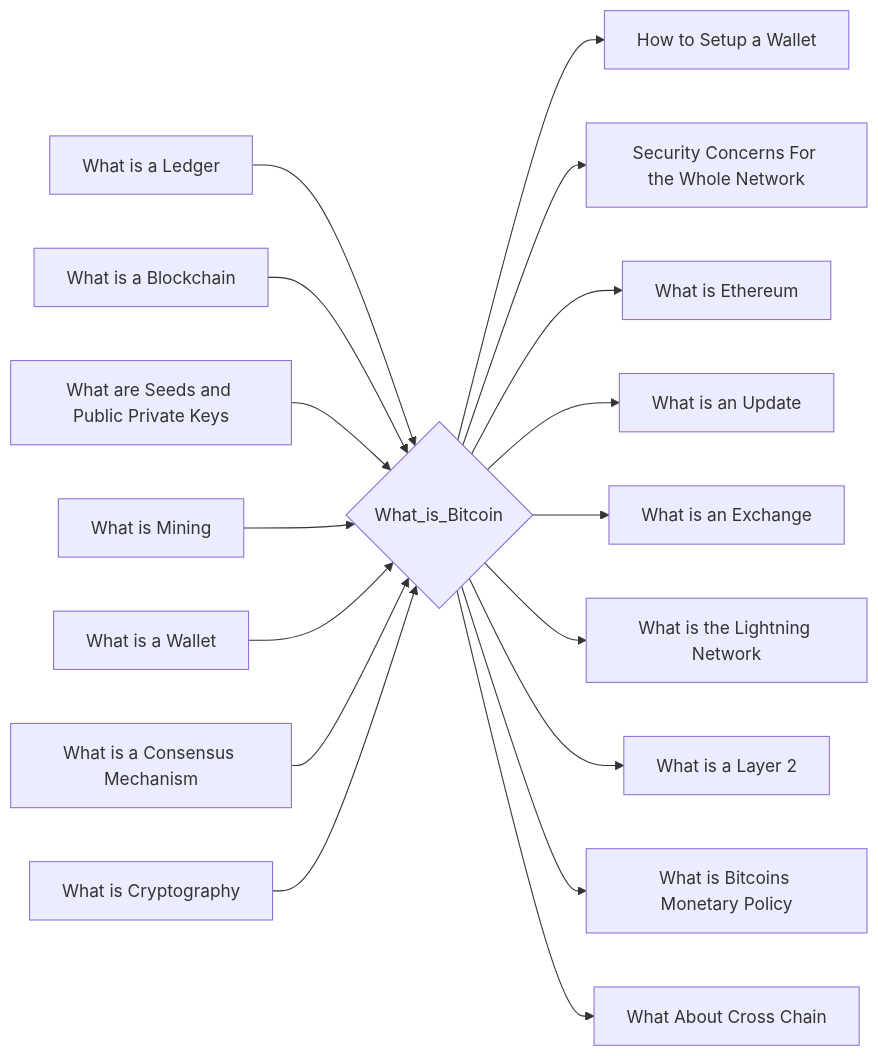
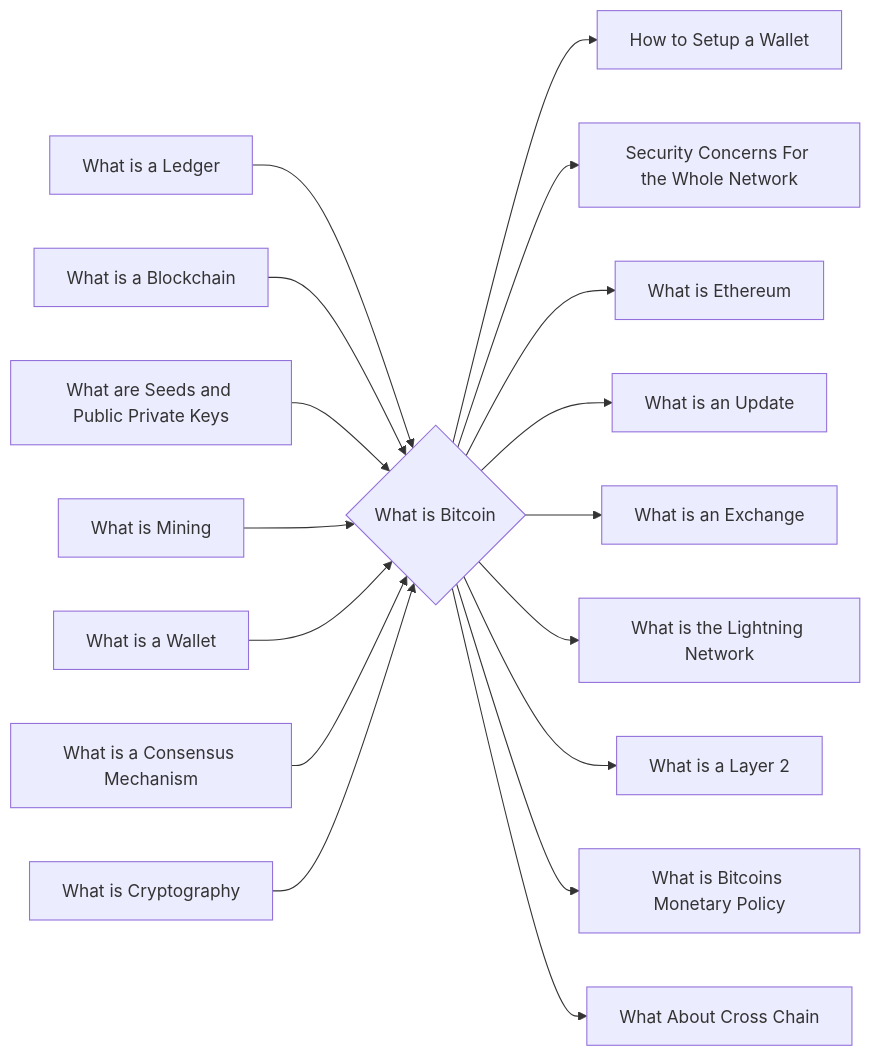
The diagram in notes/What_is_Bitcoin.md (lpurdy01/crypto-knowledge-map), drawn with Mermaid before and after one commit. The commit also changed 58 other files, not shown here.

````diff
--- a/notes/What_is_Bitcoin.md
+++ b/notes/What_is_Bitcoin.md
@@ -24,19 +24,19 @@
 ```mermaid
 graph LR
-1["What is a Ledger"]-->0{"What_is_Bitcoin"}
-2["What is a Blockchain"]-->0{"What_is_Bitcoin"}
-3["What are Seeds and Public Private Keys"]-->0{"What_is_Bitcoin"}
-4["What is Mining"]-->0{"What_is_Bitcoin"}
-5["What is a Wallet"]-->0{"What_is_Bitcoin"}
-6["What is a Consensus Mechanism"]-->0{"What_is_Bitcoin"}
-7["What is Cryptography"]-->0{"What_is_Bitcoin"}
-0{"What_is_Bitcoin"}-->8["How to Setup a Wallet"]
-0{"What_is_Bitcoin"}-->9["Security Concerns For the Whole Network"]
-0{"What_is_Bitcoin"}-->10["What is Ethereum"]
-0{"What_is_Bitcoin"}-->11["What is an Update"]
-0{"What_is_Bitcoin"}-->12["What is an Exchange"]
-0{"What_is_Bitcoin"}-->13["What is the Lightning Network"]
-0{"What_is_Bitcoin"}-->14["What is a Layer 2"]
-0{"What_is_Bitcoin"}-->15["What is Bitcoins Monetary Policy"]
-0{"What_is_Bitcoin"}-->16["What About Cross Chain"]
+1["What is a Ledger"]-->0{"What is Bitcoin"}
+2["What is a Blockchain"]-->0{"What is Bitcoin"}
+3["What are Seeds and Public Private Keys"]-->0{"What is Bitcoin"}
+4["What is Mining"]-->0{"What is Bitcoin"}
+5["What is a Wallet"]-->0{"What is Bitcoin"}
+6["What is a Consensus Mechanism"]-->0{"What is Bitcoin"}
+7["What is Cryptography"]-->0{"What is Bitcoin"}
+0{"What is Bitcoin"}-->8["How to Setup a Wallet"]
+0{"What is Bitcoin"}-->9["Security Concerns For the Whole Network"]
+0{"What is Bitcoin"}-->10["What is Ethereum"]
+0{"What is Bitcoin"}-->11["What is an Update"]
+0{"What is Bitcoin"}-->12["What is an Exchange"]
+0{"What is Bitcoin"}-->13["What is the Lightning Network"]
+0{"What is Bitcoin"}-->14["What is a Layer 2"]
+0{"What is Bitcoin"}-->15["What is Bitcoins Monetary Policy"]
+0{"What is Bitcoin"}-->16["What About Cross Chain"]
 ```
````
